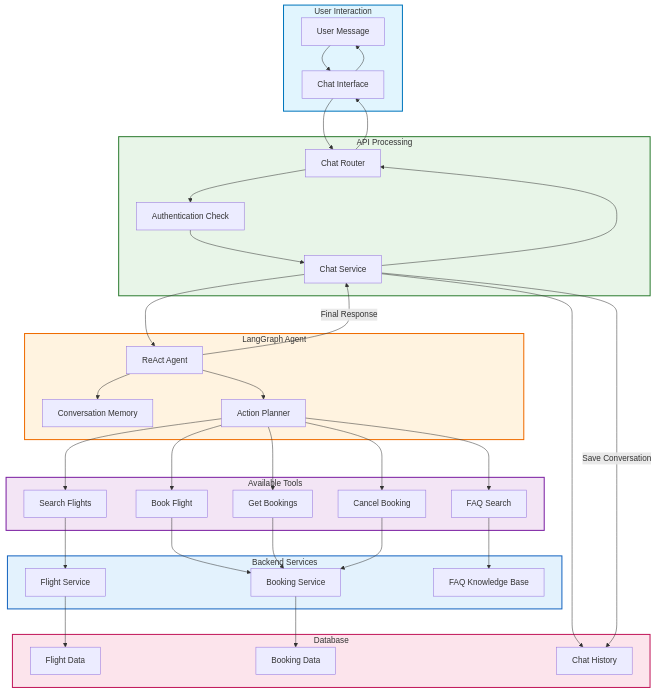
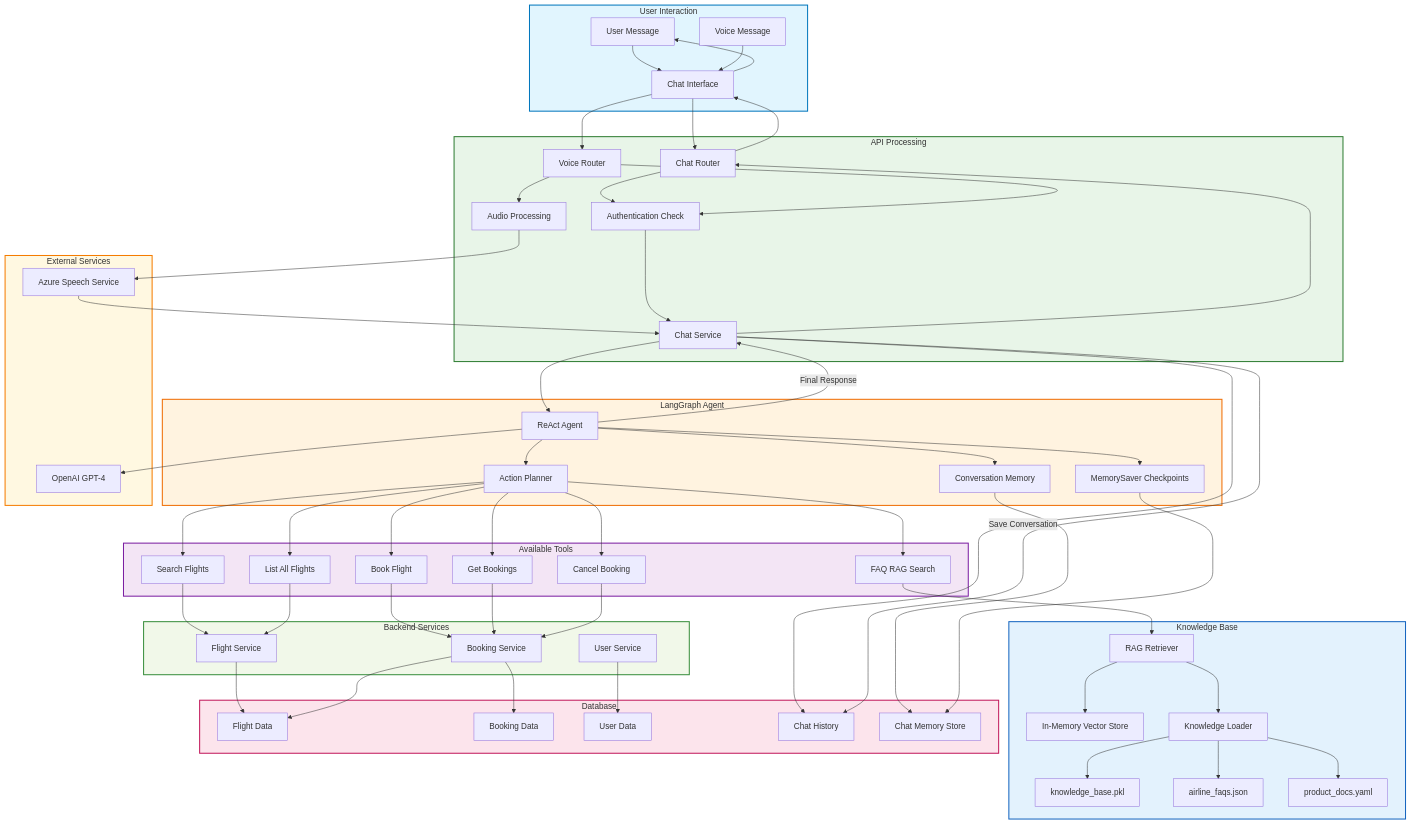
The diagram in docs/diagrams/05-chat-agent-workflow.mmd (juan-bolr-org/flights-chatbot-assistant), drawn with Mermaid before and after one commit. The commit also changed 9 other files, not shown here.

Commit message:
Refactor project structure: remove outdated documentation and README files, update system architecture diagrams, and enhance chatbot knowledge base generation workflow.

```diff
--- a/docs/diagrams/05-chat-agent-workflow.mmd
+++ b/docs/diagrams/05-chat-agent-workflow.mmd
@@ -1,81 +1,128 @@
 graph TB
     subgraph UserInteraction["User Interaction"]
         UserInput[User Message]
+        VoiceInput[Voice Message]
         ChatUI[Chat Interface]
     end
     
     subgraph APIProcessing["API Processing"]
         ChatRouter[Chat Router]
+        VoiceRouter[Voice Router]
         ChatService[Chat Service]
         Auth[Authentication Check]
+        AudioProcessor[Audio Processing]
     end
     
     subgraph LangGraphAgent["LangGraph Agent"]
         Agent[ReAct Agent]
         Memory[Conversation Memory]
         Planner[Action Planner]
+        MemorySaver[MemorySaver Checkpoints]
     end
     
     subgraph AvailableTools["Available Tools"]
         SearchTool[Search Flights]
+        ListTool[List All Flights]
         BookTool[Book Flight]
         BookingsTool[Get Bookings]
         CancelTool[Cancel Booking]
-        FAQTool[FAQ Search]
+        FAQTool[FAQ RAG Search]
+    end
+    
+    subgraph KnowledgeBase["Knowledge Base"]
+        RAGRetriever[RAG Retriever]
+        VectorStore[In-Memory Vector Store]
+        KnowledgeLoader[Knowledge Loader]
+        PickleFile[knowledge_base.pkl]
+        FAQJson[airline_faqs.json]
+        DocsYaml[product_docs.yaml]
     end
     
     subgraph BackendServices["Backend Services"]
         FlightService[Flight Service]
         BookingService[Booking Service]
-        FAQStore[FAQ Knowledge Base]
+        UserService[User Service]
     end
     
     subgraph Database["Database"]
         FlightDB[Flight Data]
         BookingDB[Booking Data]
+        UserDB[User Data]
         ChatHistory[Chat History]
+        ChatMemoryDB[Chat Memory Store]
+    end
+    
+    subgraph ExternalServices["External Services"]
+        OpenAI[OpenAI GPT-4]
+        AzureSpeech[Azure Speech Service]
     end
     
     UserInput --> ChatUI
+    VoiceInput --> ChatUI
     ChatUI --> ChatRouter
+    ChatUI --> VoiceRouter
+    
+    VoiceRouter --> AudioProcessor
+    AudioProcessor --> AzureSpeech
+    AzureSpeech --> ChatService
+    
     ChatRouter --> Auth
+    VoiceRouter --> Auth
     Auth --> ChatService
     ChatService --> Agent
     
     Agent --> Memory
     Agent --> Planner
+    Agent --> MemorySaver
     Planner --> SearchTool
+    Planner --> ListTool
     Planner --> BookTool
     Planner --> BookingsTool
     Planner --> CancelTool
     Planner --> FAQTool
     
     SearchTool --> FlightService
+    ListTool --> FlightService
     BookTool --> BookingService
     BookingsTool --> BookingService
     CancelTool --> BookingService
-    FAQTool --> FAQStore
+    FAQTool --> RAGRetriever
+    
+    RAGRetriever --> VectorStore
+    RAGRetriever --> KnowledgeLoader
+    KnowledgeLoader --> PickleFile
+    KnowledgeLoader --> FAQJson
+    KnowledgeLoader --> DocsYaml
     
     FlightService --> FlightDB
     BookingService --> BookingDB
+    BookingService --> FlightDB
+    UserService --> UserDB
     ChatService --> ChatHistory
+    Memory --> ChatMemoryDB
+    MemorySaver --> ChatMemoryDB
     
+    Agent --> OpenAI
     Agent -->|Final Response| ChatService
     ChatService -->|Save Conversation| ChatHistory
     ChatService --> ChatRouter
     ChatRouter --> ChatUI
     ChatUI --> UserInput
     
     classDef interaction fill:#e1f5fe,stroke:#0277bd,stroke-width:2px
     classDef api fill:#e8f5e8,stroke:#2e7d32,stroke-width:2px
     classDef agent fill:#fff3e0,stroke:#ef6c00,stroke-width:2px
     classDef tools fill:#f3e5f5,stroke:#7b1fa2,stroke-width:2px
-    classDef services fill:#e3f2fd,stroke:#1565c0,stroke-width:2px
+    classDef kb fill:#e3f2fd,stroke:#1565c0,stroke-width:2px
+    classDef services fill:#f1f8e9,stroke:#388e3c,stroke-width:2px
     classDef database fill:#fce4ec,stroke:#c2185b,stroke-width:2px
+    classDef external fill:#fff8e1,stroke:#f57c00,stroke-width:2px
     
     class UserInteraction interaction
     class APIProcessing api
     class LangGraphAgent agent
     class AvailableTools tools
+    class KnowledgeBase kb
     class BackendServices services
     class Database database
+    class ExternalServices external
```
